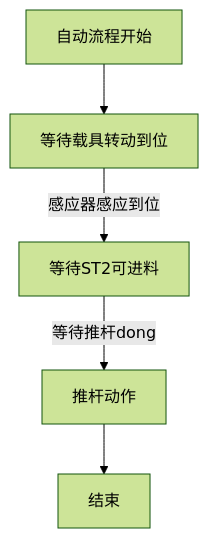
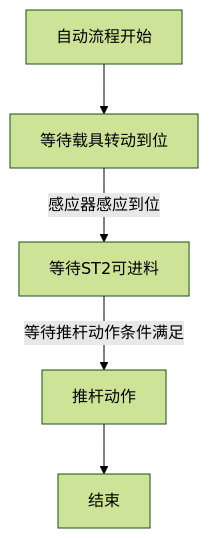
One commit to zmq000/iodraw-files changed the diagram in all/OP70工位1长回流工位.md. Above: the diagram before and after it, drawn with Mermaid (forest theme).

Commit message:
2026-06-17 15:35:45 update

````diff
--- a/all/OP70工位1长回流工位.md
+++ b/all/OP70工位1长回流工位.md
@@ -1,9 +1,9 @@
 ```mermaid
 graph TD
  自动流程开始-->10
  10[等待载具转动到位]-->|感应器感应到位|20
- 20[等待ST2可进料]-->|等待推杆dong|30
+ 20[等待ST2可进料]-->|等待推杆动作条件满足|30
  30[推杆动作]-->40
  40[结束]
 
 ```
````
